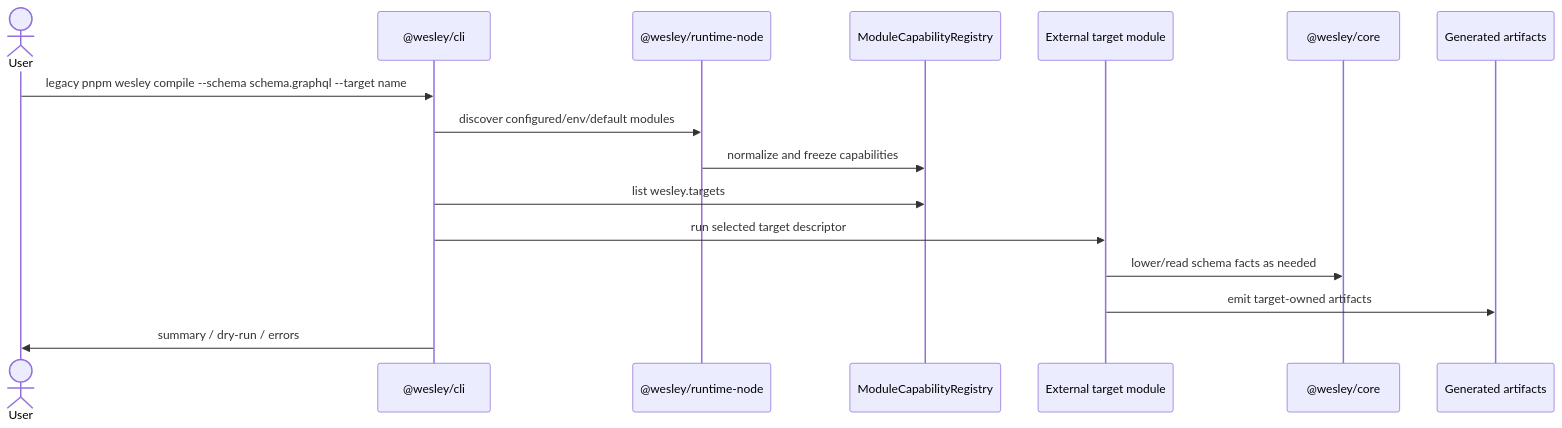
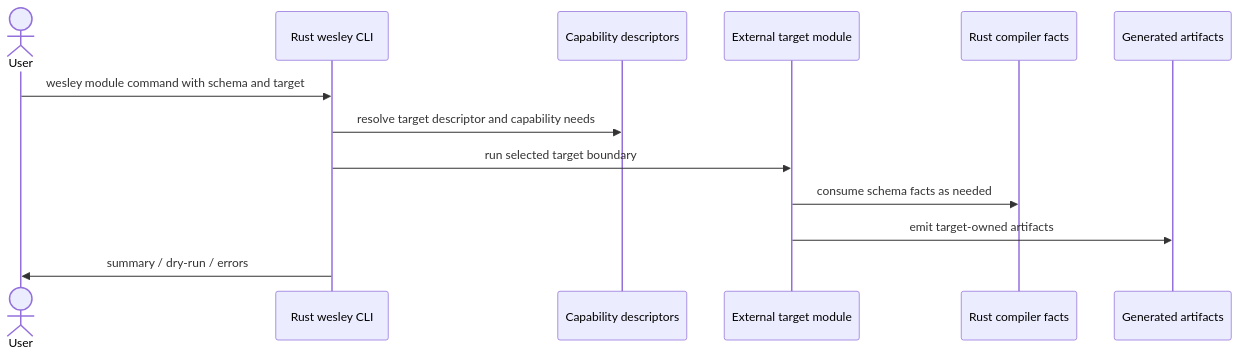
The seventh of 9 diagrams in docs/ARCHITECTURE.md (flyingrobots/wesley), drawn with Mermaid before and after one commit. The commit also changed other lines of this file and 364 other files, not shown here.

Commit message:
feat(node-retirement): close legacy Node compiler surface

````diff
--- a/docs/ARCHITECTURE.md
+++ b/docs/ARCHITECTURE.md
@@ -547,19 +529,16 @@
 ```mermaid
 sequenceDiagram
     actor User
-    participant CLI as @wesley/cli
-    participant Loader as @wesley/runtime-node
-    participant Registry as ModuleCapabilityRegistry
+    participant CLI as Rust wesley CLI
+    participant Registry as Capability descriptors
     participant Target as External target module
-    participant Core as @wesley/core
+    participant Core as Rust compiler facts
     participant Out as Generated artifacts
 
-    User->>CLI: legacy pnpm wesley compile --schema schema.graphql --target name
-    CLI->>Loader: discover configured/env/default modules
-    Loader->>Registry: normalize and freeze capabilities
-    CLI->>Registry: list wesley.targets
-    CLI->>Target: run selected target descriptor
-    Target->>Core: lower/read schema facts as needed
+    User->>CLI: wesley module command with schema and target
+    CLI->>Registry: resolve target descriptor and capability needs
+    CLI->>Target: run selected target boundary
+    Target->>Core: consume schema facts as needed
     Target->>Out: emit target-owned artifacts
     CLI->>User: summary / dry-run / errors
 ```
````
